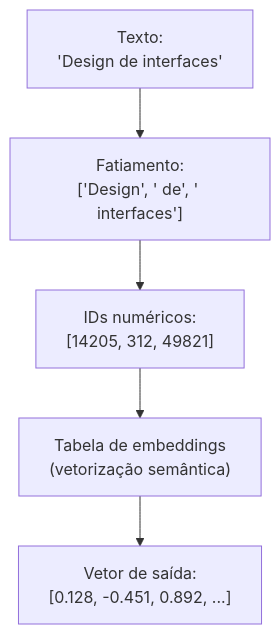
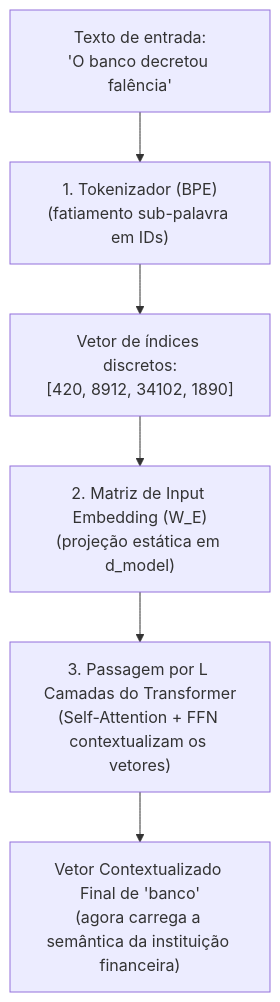
The diagram in llm/02-Tokens, embeddings e espaço vetorial.md (leorruas/programacao), drawn with Mermaid before and after one commit. The commit also changed other lines of this file and 6 other files, not shown here.

````diff
--- a/llm/02-Tokens, embeddings e espaço vetorial.md
+++ b/llm/02-Tokens, embeddings e espaço vetorial.md
@@ -36,7 +21,8 @@
 ```mermaid
 flowchart TD
-    TextoOriginal["Texto:<br>'Design de interfaces'"] --> QuebraTokens["Fatiamento:<br>['Design', ' de', ' interfaces']"]
-    QuebraTokens --> IDsNumericos["IDs numéricos:<br>[14205, 312, 49821]"]
-    IDsNumericos --> CamadaEmbedding["Tabela de embeddings<br>(vetorização semântica)"]
-    CamadaEmbedding --> VetoresFinais["Vetor de saída:<br>[0.128, -0.451, 0.892, ...]"]
+    Texto["Texto de entrada:<br>'O banco decretou falência'"] --> Tokenizer["1. Tokenizador (BPE)<br>(fatiamento sub-palavra em IDs)"]
+    Tokenizer --> IDs["Vetor de índices discretos:<br>[420, 8912, 34102, 1890]"]
+    IDs --> InputEmbedding["2. Matriz de Input Embedding (W_E)<br>(projeção estática em d_model)"]
+    InputEmbedding --> CamadasTransformer["3. Passagem por L Camadas do Transformer<br>(Self-Attention + FFN contextualizam os vetores)"]
+    CamadasTransformer --> VetorDinamico["Vetor Contextualizado Final de 'banco'<br>(agora carrega a semântica da instituição financeira)"]
 ```
````
